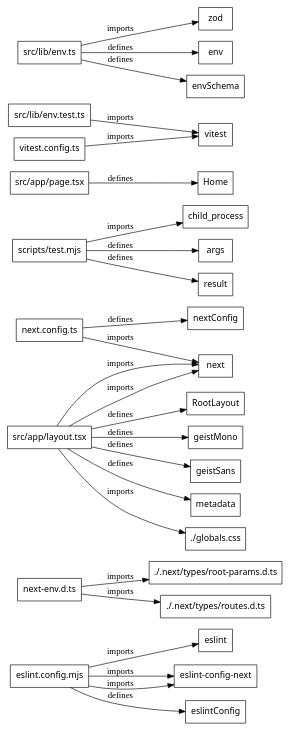
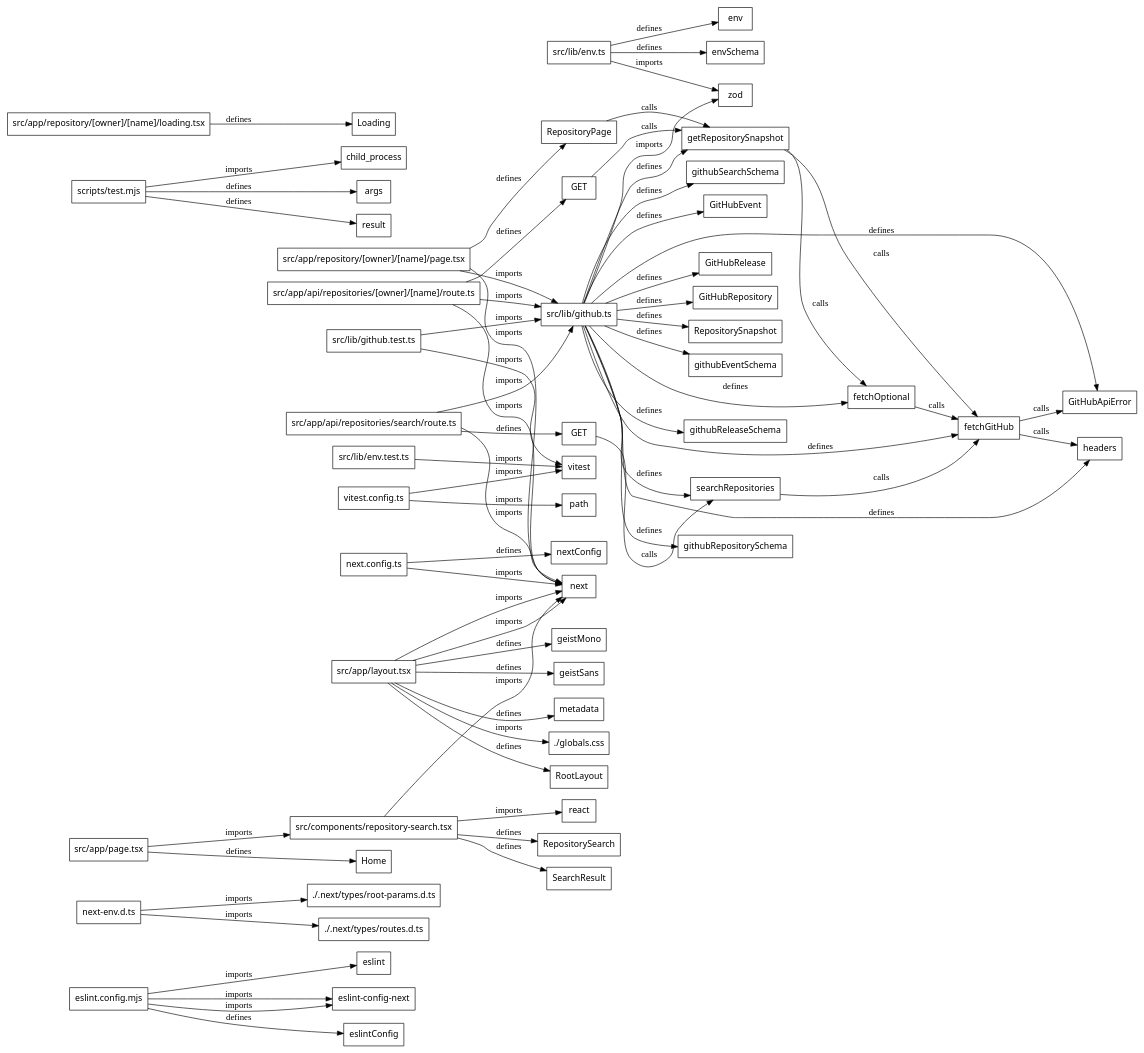
Before and after one commit to rishibalanagu0108/repopulse: the diagram in .genesis/index/graph.dot, drawn with Graphviz. The commit also changed 9 other files, not shown here.

```diff
--- a/.genesis/index/graph.dot
+++ b/.genesis/index/graph.dot
@@ -1,57 +1,128 @@
 digraph genesis {
   rankdir=LR;
   node [shape=box,fontname="system-ui"];
   "file:eslint.config.mjs" [label="eslint.config.mjs",class="file"];
   "file:next-env.d.ts" [label="next-env.d.ts",class="file"];
   "file:next.config.ts" [label="next.config.ts",class="file"];
   "file:scripts/test.mjs" [label="scripts/test.mjs",class="file"];
+  "file:src/app/api/repositories/[owner]/[name]/route.ts" [label="src/app/api/repositories/[owner]/[name]/route.ts",class="file"];
+  "file:src/app/api/repositories/search/route.ts" [label="src/app/api/repositories/search/route.ts",class="file"];
   "file:src/app/layout.tsx" [label="src/app/layout.tsx",class="file"];
   "file:src/app/page.tsx" [label="src/app/page.tsx",class="file"];
+  "file:src/app/repository/[owner]/[name]/loading.tsx" [label="src/app/repository/[owner]/[name]/loading.tsx",class="file"];
+  "file:src/app/repository/[owner]/[name]/page.tsx" [label="src/app/repository/[owner]/[name]/page.tsx",class="file"];
+  "file:src/components/repository-search.tsx" [label="src/components/repository-search.tsx",class="file"];
   "file:src/lib/env.test.ts" [label="src/lib/env.test.ts",class="file"];
   "file:src/lib/env.ts" [label="src/lib/env.ts",class="file"];
+  "file:src/lib/github.test.ts" [label="src/lib/github.test.ts",class="file"];
+  "file:src/lib/github.ts" [label="src/lib/github.ts",class="file"];
   "file:vitest.config.ts" [label="vitest.config.ts",class="file"];
   "package:npm:eslint" [label="eslint",class="package"];
   "package:npm:eslint-config-next" [label="eslint-config-next",class="package"];
   "package:npm:next" [label="next",class="package"];
+  "package:npm:react" [label="react",class="package"];
   "package:npm:vitest" [label="vitest",class="package"];
   "package:npm:zod" [label="zod",class="package"];
   "runtime:javascript:child_process" [label="child_process",class="runtime"];
+  "runtime:javascript:path" [label="path",class="runtime"];
   "symbol:eslint.config.mjs#variable:eslintConfig" [label="eslintConfig",class="symbol"];
   "symbol:next.config.ts#variable:nextConfig" [label="nextConfig",class="symbol"];
   "symbol:scripts/test.mjs#variable:args" [label="args",class="symbol"];
   "symbol:scripts/test.mjs#variable:result" [label="result",class="symbol"];
+  "symbol:src/app/api/repositories/[owner]/[name]/route.ts#function:GET" [label="GET",class="symbol"];
+  "symbol:src/app/api/repositories/search/route.ts#function:GET" [label="GET",class="symbol"];
   "symbol:src/app/layout.tsx#function:RootLayout" [label="RootLayout",class="symbol"];
   "symbol:src/app/layout.tsx#variable:geistMono" [label="geistMono",class="symbol"];
   "symbol:src/app/layout.tsx#variable:geistSans" [label="geistSans",class="symbol"];
   "symbol:src/app/layout.tsx#variable:metadata" [label="metadata",class="symbol"];
   "symbol:src/app/page.tsx#function:Home" [label="Home",class="symbol"];
+  "symbol:src/app/repository/[owner]/[name]/loading.tsx#function:Loading" [label="Loading",class="symbol"];
+  "symbol:src/app/repository/[owner]/[name]/page.tsx#function:RepositoryPage" [label="RepositoryPage",class="symbol"];
+  "symbol:src/components/repository-search.tsx#function:RepositorySearch" [label="RepositorySearch",class="symbol"];
+  "symbol:src/components/repository-search.tsx#type:SearchResult" [label="SearchResult",class="symbol"];
   "symbol:src/lib/env.ts#variable:env" [label="env",class="symbol"];
   "symbol:src/lib/env.ts#variable:envSchema" [label="envSchema",class="symbol"];
+  "symbol:src/lib/github.ts#class:GitHubApiError" [label="GitHubApiError",class="symbol"];
+  "symbol:src/lib/github.ts#function:fetchGitHub" [label="fetchGitHub",class="symbol"];
+  "symbol:src/lib/github.ts#function:fetchOptional" [label="fetchOptional",class="symbol"];
+  "symbol:src/lib/github.ts#function:getRepositorySnapshot" [label="getRepositorySnapshot",class="symbol"];
+  "symbol:src/lib/github.ts#function:headers" [label="headers",class="symbol"];
+  "symbol:src/lib/github.ts#function:searchRepositories" [label="searchRepositories",class="symbol"];
+  "symbol:src/lib/github.ts#type:GitHubEvent" [label="GitHubEvent",class="symbol"];
+  "symbol:src/lib/github.ts#type:GitHubRelease" [label="GitHubRelease",class="symbol"];
+  "symbol:src/lib/github.ts#type:GitHubRepository" [label="GitHubRepository",class="symbol"];
+  "symbol:src/lib/github.ts#type:RepositorySnapshot" [label="RepositorySnapshot",class="symbol"];
+  "symbol:src/lib/github.ts#variable:githubEventSchema" [label="githubEventSchema",class="symbol"];
+  "symbol:src/lib/github.ts#variable:githubReleaseSchema" [label="githubReleaseSchema",class="symbol"];
+  "symbol:src/lib/github.ts#variable:githubRepositorySchema" [label="githubRepositorySchema",class="symbol"];
+  "symbol:src/lib/github.ts#variable:githubSearchSchema" [label="githubSearchSchema",class="symbol"];
   "unresolved:next-env.d.ts:./.next/types/root-params.d.ts" [label="./.next/types/root-params.d.ts",class="unresolved"];
   "unresolved:next-env.d.ts:./.next/types/routes.d.ts" [label="./.next/types/routes.d.ts",class="unresolved"];
   "unresolved:src/app/layout.tsx:./globals.css" [label="./globals.css",class="unresolved"];
+  "symbol:src/app/api/repositories/[owner]/[name]/route.ts#function:GET" -> "symbol:src/lib/github.ts#function:getRepositorySnapshot" [label="calls"];
+  "symbol:src/app/api/repositories/search/route.ts#function:GET" -> "symbol:src/lib/github.ts#function:searchRepositories" [label="calls"];
+  "symbol:src/app/repository/[owner]/[name]/page.tsx#function:RepositoryPage" -> "symbol:src/lib/github.ts#function:getRepositorySnapshot" [label="calls"];
+  "symbol:src/lib/github.ts#function:fetchGitHub" -> "symbol:src/lib/github.ts#class:GitHubApiError" [label="calls"];
+  "symbol:src/lib/github.ts#function:fetchGitHub" -> "symbol:src/lib/github.ts#function:headers" [label="calls"];
+  "symbol:src/lib/github.ts#function:fetchOptional" -> "symbol:src/lib/github.ts#function:fetchGitHub" [label="calls"];
+  "symbol:src/lib/github.ts#function:getRepositorySnapshot" -> "symbol:src/lib/github.ts#function:fetchGitHub" [label="calls"];
+  "symbol:src/lib/github.ts#function:getRepositorySnapshot" -> "symbol:src/lib/github.ts#function:fetchOptional" [label="calls"];
+  "symbol:src/lib/github.ts#function:searchRepositories" -> "symbol:src/lib/github.ts#function:fetchGitHub" [label="calls"];
   "file:eslint.config.mjs" -> "symbol:eslint.config.mjs#variable:eslintConfig" [label="defines"];
   "file:next.config.ts" -> "symbol:next.config.ts#variable:nextConfig" [label="defines"];
   "file:scripts/test.mjs" -> "symbol:scripts/test.mjs#variable:args" [label="defines"];
   "file:scripts/test.mjs" -> "symbol:scripts/test.mjs#variable:result" [label="defines"];
+  "file:src/app/api/repositories/[owner]/[name]/route.ts" -> "symbol:src/app/api/repositories/[owner]/[name]/route.ts#function:GET" [label="defines"];
+  "file:src/app/api/repositories/search/route.ts" -> "symbol:src/app/api/repositories/search/route.ts#function:GET" [label="defines"];
   "file:src/app/layout.tsx" -> "symbol:src/app/layout.tsx#function:RootLayout" [label="defines"];
   "file:src/app/layout.tsx" -> "symbol:src/app/layout.tsx#variable:geistMono" [label="defines"];
   "file:src/app/layout.tsx" -> "symbol:src/app/layout.tsx#variable:geistSans" [label="defines"];
   "file:src/app/layout.tsx" -> "symbol:src/app/layout.tsx#variable:metadata" [label="defines"];
   "file:src/app/page.tsx" -> "symbol:src/app/page.tsx#function:Home" [label="defines"];
+  "file:src/app/repository/[owner]/[name]/loading.tsx" -> "symbol:src/app/repository/[owner]/[name]/loading.tsx#function:Loading" [label="defines"];
+  "file:src/app/repository/[owner]/[name]/page.tsx" -> "symbol:src/app/repository/[owner]/[name]/page.tsx#function:RepositoryPage" [label="defines"];
+  "file:src/components/repository-search.tsx" -> "symbol:src/components/repository-search.tsx#function:RepositorySearch" [label="defines"];
+  "file:src/components/repository-search.tsx" -> "symbol:src/components/repository-search.tsx#type:SearchResult" [label="defines"];
   "file:src/lib/env.ts" -> "symbol:src/lib/env.ts#variable:env" [label="defines"];
   "file:src/lib/env.ts" -> "symbol:src/lib/env.ts#variable:envSchema" [label="defines"];
+  "file:src/lib/github.ts" -> "symbol:src/lib/github.ts#class:GitHubApiError" [label="defines"];
+  "file:src/lib/github.ts" -> "symbol:src/lib/github.ts#function:fetchGitHub" [label="defines"];
+  "file:src/lib/github.ts" -> "symbol:src/lib/github.ts#function:fetchOptional" [label="defines"];
+  "file:src/lib/github.ts" -> "symbol:src/lib/github.ts#function:getRepositorySnapshot" [label="defines"];
+  "file:src/lib/github.ts" -> "symbol:src/lib/github.ts#function:headers" [label="defines"];
+  "file:src/lib/github.ts" -> "symbol:src/lib/github.ts#function:searchRepositories" [label="defines"];
+  "file:src/lib/github.ts" -> "symbol:src/lib/github.ts#type:GitHubEvent" [label="defines"];
+  "file:src/lib/github.ts" -> "symbol:src/lib/github.ts#type:GitHubRelease" [label="defines"];
+  "file:src/lib/github.ts" -> "symbol:src/lib/github.ts#type:GitHubRepository" [label="defines"];
+  "file:src/lib/github.ts" -> "symbol:src/lib/github.ts#type:RepositorySnapshot" [label="defines"];
+  "file:src/lib/github.ts" -> "symbol:src/lib/github.ts#variable:githubEventSchema" [label="defines"];
+  "file:src/lib/github.ts" -> "symbol:src/lib/github.ts#variable:githubReleaseSchema" [label="defines"];
+  "file:src/lib/github.ts" -> "symbol:src/lib/github.ts#variable:githubRepositorySchema" [label="defines"];
+  "file:src/lib/github.ts" -> "symbol:src/lib/github.ts#variable:githubSearchSchema" [label="defines"];
   "file:eslint.config.mjs" -> "package:npm:eslint-config-next" [label="imports"];
   "file:eslint.config.mjs" -> "package:npm:eslint-config-next" [label="imports"];
   "file:eslint.config.mjs" -> "package:npm:eslint" [label="imports"];
   "file:next-env.d.ts" -> "unresolved:next-env.d.ts:./.next/types/root-params.d.ts" [label="imports"];
   "file:next-env.d.ts" -> "unresolved:next-env.d.ts:./.next/types/routes.d.ts" [label="imports"];
   "file:next.config.ts" -> "package:npm:next" [label="imports"];
   "file:scripts/test.mjs" -> "runtime:javascript:child_process" [label="imports"];
+  "file:src/app/api/repositories/[owner]/[name]/route.ts" -> "file:src/lib/github.ts" [label="imports"];
+  "file:src/app/api/repositories/[owner]/[name]/route.ts" -> "package:npm:next" [label="imports"];
+  "file:src/app/api/repositories/search/route.ts" -> "file:src/lib/github.ts" [label="imports"];
+  "file:src/app/api/repositories/search/route.ts" -> "package:npm:next" [label="imports"];
   "file:src/app/layout.tsx" -> "package:npm:next" [label="imports"];
   "file:src/app/layout.tsx" -> "package:npm:next" [label="imports"];
   "file:src/app/layout.tsx" -> "unresolved:src/app/layout.tsx:./globals.css" [label="imports"];
+  "file:src/app/page.tsx" -> "file:src/components/repository-search.tsx" [label="imports"];
+  "file:src/app/repository/[owner]/[name]/page.tsx" -> "file:src/lib/github.ts" [label="imports"];
+  "file:src/app/repository/[owner]/[name]/page.tsx" -> "package:npm:next" [label="imports"];
+  "file:src/components/repository-search.tsx" -> "package:npm:next" [label="imports"];
+  "file:src/components/repository-search.tsx" -> "package:npm:react" [label="imports"];
   "file:src/lib/env.test.ts" -> "package:npm:vitest" [label="imports"];
   "file:src/lib/env.ts" -> "package:npm:zod" [label="imports"];
+  "file:src/lib/github.test.ts" -> "file:src/lib/github.ts" [label="imports"];
+  "file:src/lib/github.test.ts" -> "package:npm:vitest" [label="imports"];
+  "file:src/lib/github.ts" -> "package:npm:zod" [label="imports"];
   "file:vitest.config.ts" -> "package:npm:vitest" [label="imports"];
+  "file:vitest.config.ts" -> "runtime:javascript:path" [label="imports"];
 }
```
